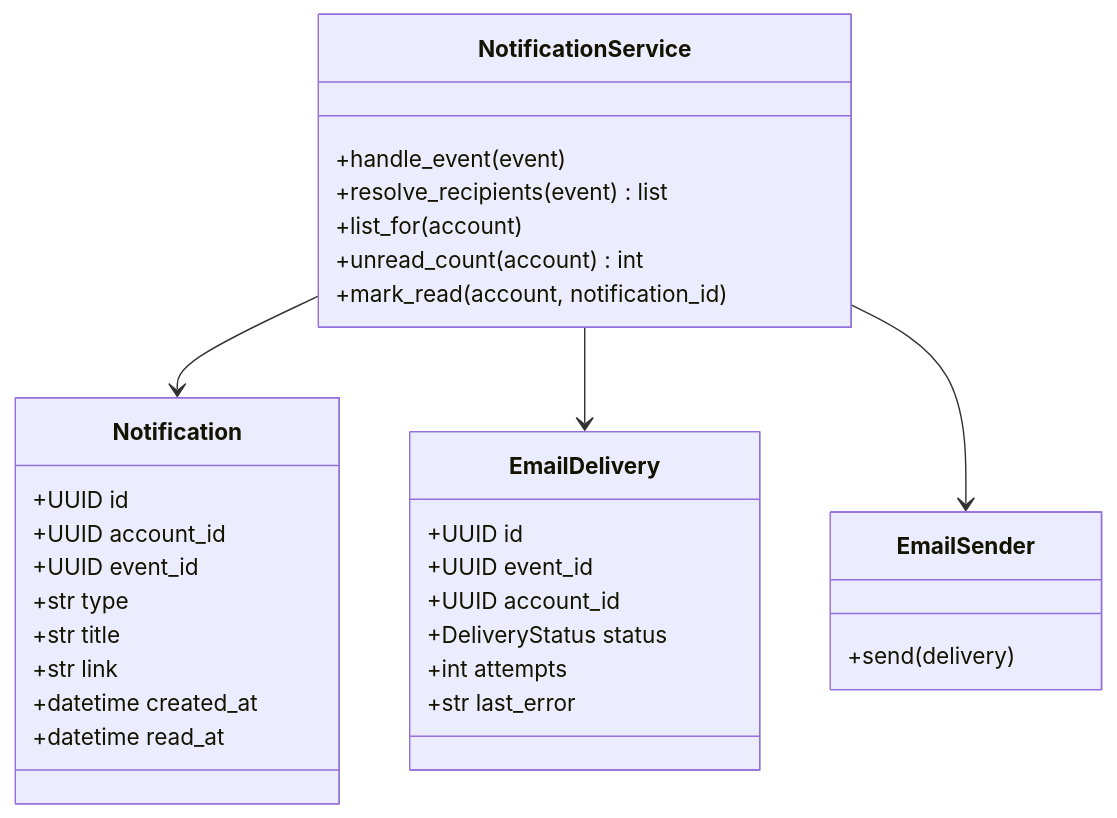
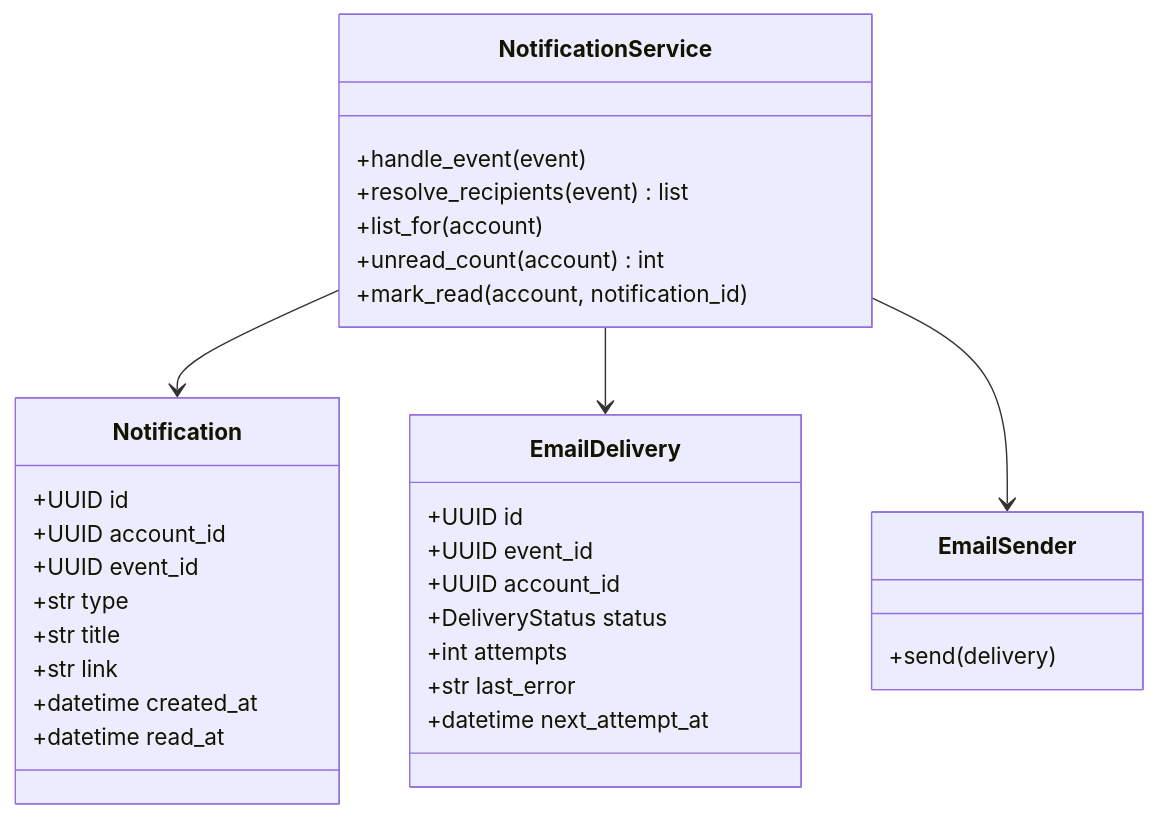
Diagram 11 of 12 in docs/midterm/D-物件設計文件.md (Team14good/esport-platform), drawn with Mermaid before and after one commit. The commit also changed other lines of this file and 20 other files, not shown here.

````diff
--- a/docs/midterm/D-物件設計文件.md
+++ b/docs/midterm/D-物件設計文件.md
@@ -611,34 +614,35 @@
 ```mermaid
 classDiagram
   class Notification {
     +UUID id
     +UUID account_id
     +UUID event_id
     +str type
     +str title
     +str link
     +datetime created_at
     +datetime read_at
   }
   class EmailDelivery {
     +UUID id
     +UUID event_id
     +UUID account_id
     +DeliveryStatus status
     +int attempts
     +str last_error
+    +datetime next_attempt_at
   }
   class NotificationService {
     +handle_event(event)
     +resolve_recipients(event) list
     +list_for(account)
     +unread_count(account) int
     +mark_read(account, notification_id)
   }
   class EmailSender {
     +send(delivery)
   }
   NotificationService --> Notification
   NotificationService --> EmailDelivery
   NotificationService --> EmailSender
 ```
````
